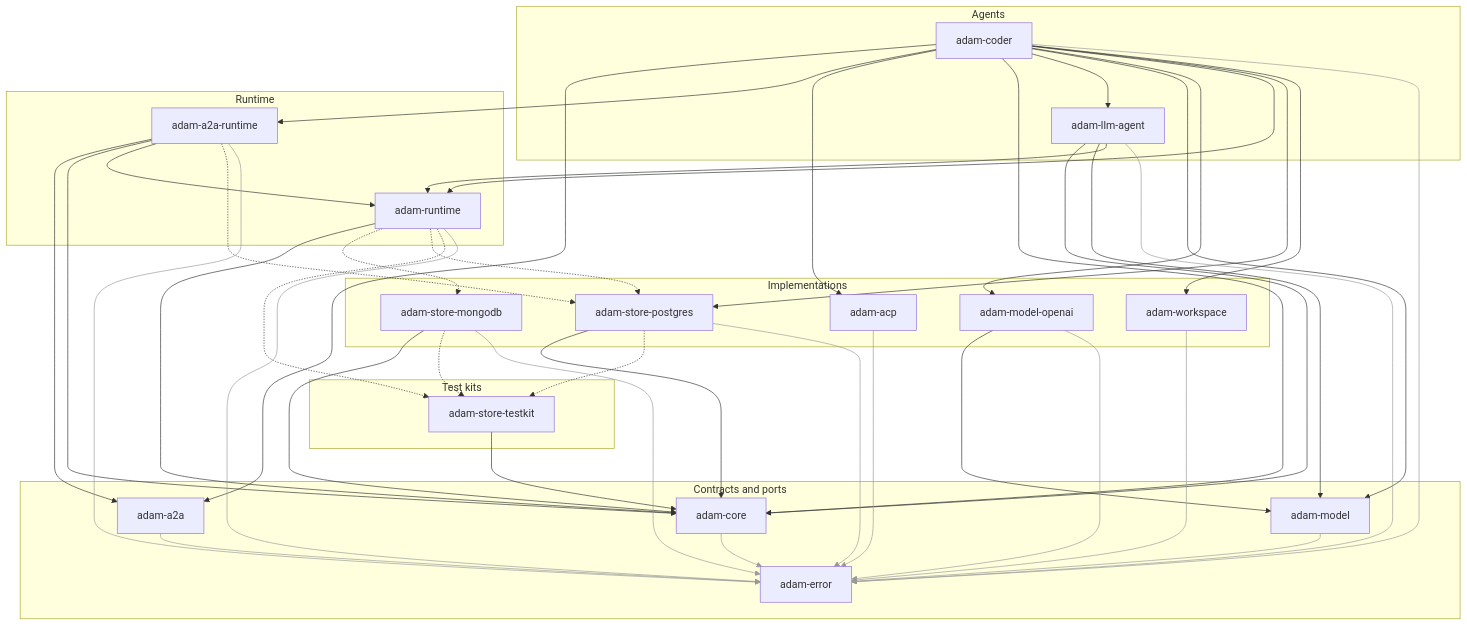
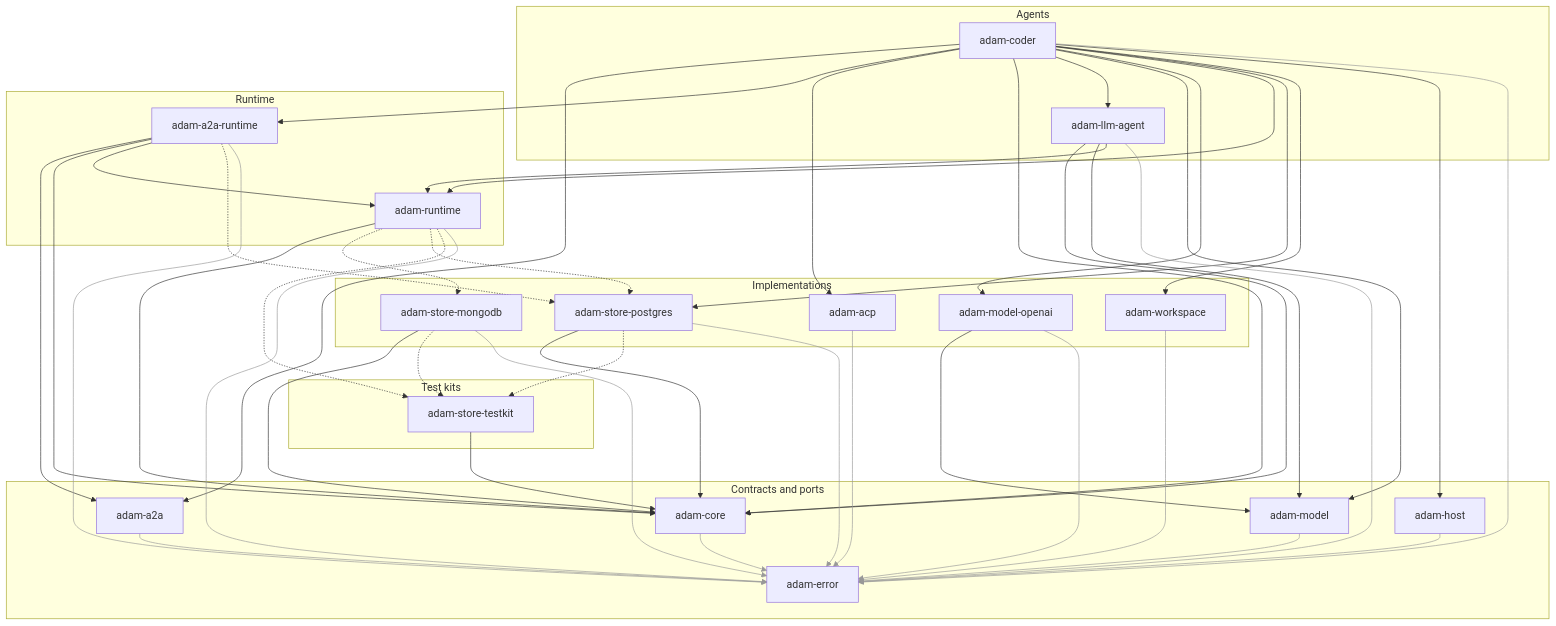
Before and after one commit to vymalo/another-adam-rs: the first of 14 diagrams in docs/architecture.md, drawn with Mermaid. The commit also changed other lines of this file and 12 other files, not shown here.

First line of the commit message:
feat(adam-coder): run as control plane, worker or both via ROLE

````diff
--- a/docs/architecture.md
+++ b/docs/architecture.md
@@ -38,71 +38,74 @@
 ```mermaid
 flowchart TB
     subgraph agents["Agents"]
         coder["adam-coder"]
         llm["adam-llm-agent"]
     end
     subgraph runtime["Runtime"]
         a2art["adam-a2a-runtime"]
         rt["adam-runtime"]
     end
     subgraph impls["Implementations"]
         pg["adam-store-postgres"]
         mongo["adam-store-mongodb"]
         openai["adam-model-openai"]
         ws["adam-workspace"]
         acp["adam-acp"]
     end
     subgraph contracts["Contracts and ports"]
         a2a["adam-a2a"]
         core["adam-core"]
         model["adam-model"]
         err["adam-error"]
+        host["adam-host"]
     end
     subgraph kits["Test kits"]
         testkit["adam-store-testkit"]
     end
 
     coder --> a2a
     coder --> a2art
     coder --> acp
     coder --> core
     coder --> llm
     coder --> model
     coder --> openai
     coder --> rt
     coder --> pg
     coder --> ws
+    coder --> host
     a2art --> a2a
     a2art --> core
     a2art --> rt
     llm --> core
     llm --> model
     llm --> rt
     rt --> core
     openai --> model
     mongo --> core
     pg --> core
     testkit --> core
 
     rt -.-> mongo
     rt -.-> pg
     rt -.-> testkit
     a2art -.-> pg
     mongo -.-> testkit
     pg -.-> testkit
 
     a2a --> err
     a2art --> err
     acp --> err
     coder --> err
     core --> err
     llm --> err
     openai --> err
     model --> err
     rt --> err
     mongo --> err
     pg --> err
     ws --> err
+    host --> err
 
-    linkStyle 27,28,29,30,31,32,33,34,35,36,37,38 stroke:#999,stroke-width:1px
+    linkStyle 28,29,30,31,32,33,34,35,36,37,38,39,40 stroke:#999,stroke-width:1px
 ```
````
